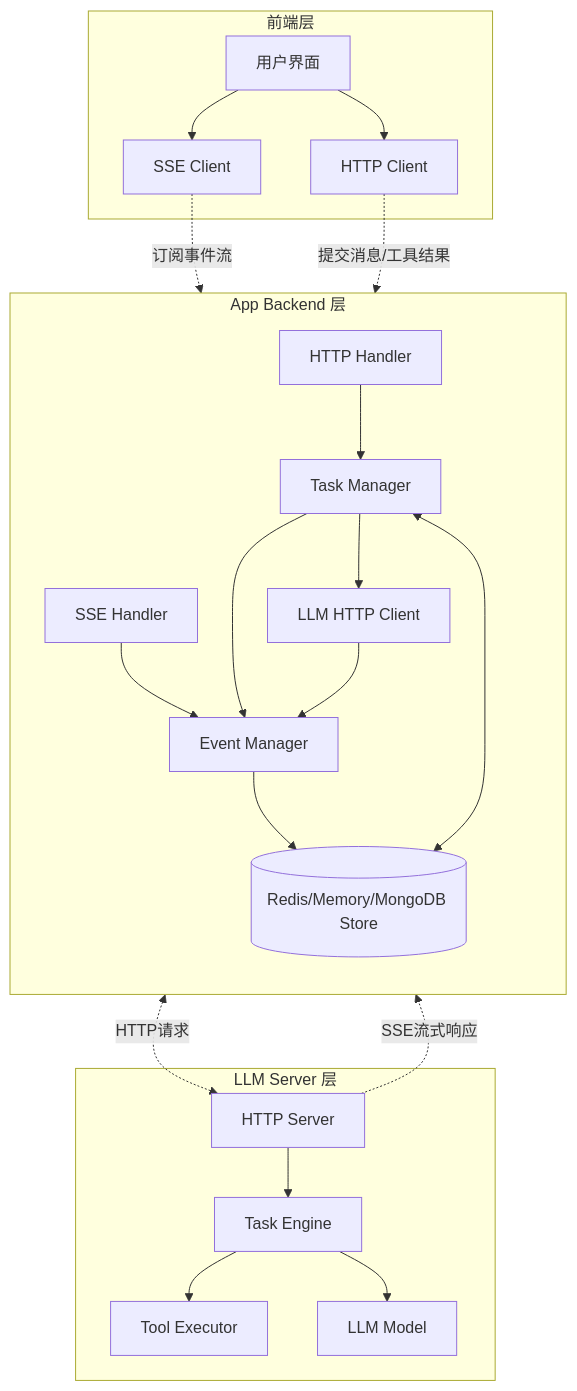
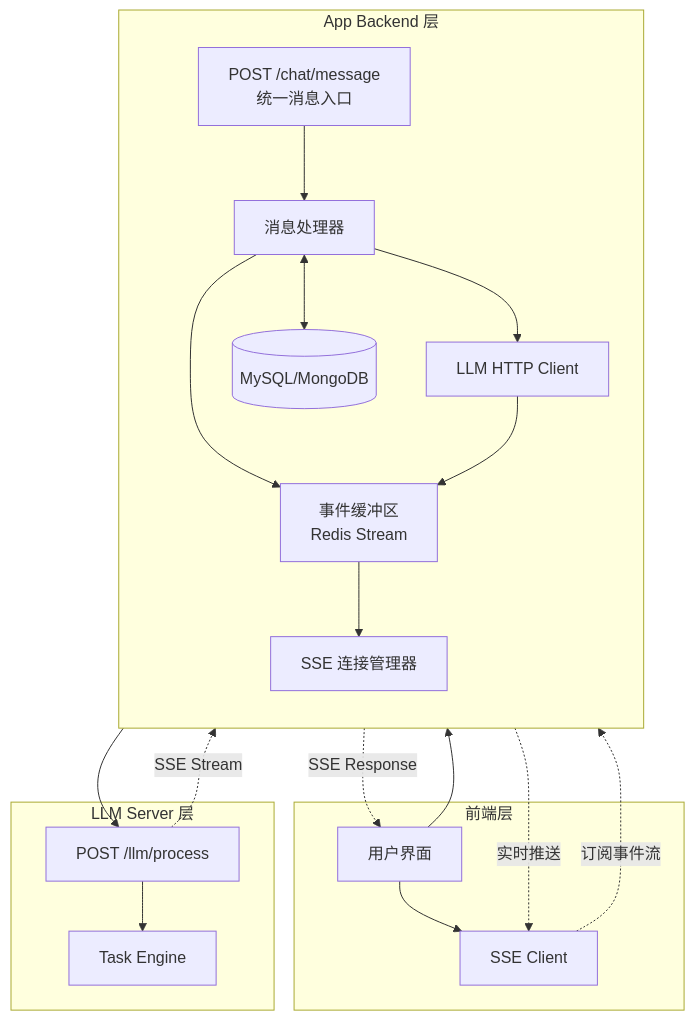
The diagram in all/未命名-10.md (yingjianzh/iodraw-files), drawn with Mermaid before and after one commit.

Commit message:
2025-12-22 11:48:22 update

````diff
--- a/all/未命名-10.md
+++ b/all/未命名-10.md
@@ -1,47 +1,42 @@
 ```mermaid
 graph TB
     subgraph "前端层"
         UI[用户界面]
         SSE[SSE Client]
-        HTTP[HTTP Client]
     end
 
     subgraph "App Backend 层"
         direction TB
-        SSE_Handler[SSE Handler]
-        HTTP_Handler[HTTP Handler]
-        Event_Manager[Event Manager]
-        Task_Manager[Task Manager]
+        Chat_API[POST /chat/message<br/>统一消息入口]
+        SSE_Manager[SSE 连接管理器]
+        Event_Buffer[事件缓冲区<br/>Redis Stream]
+        Message_Handler[消息处理器]
         LLM_Client[LLM HTTP Client]
-        Store[(Redis/Memory/MongoDB Store)]
+        DB[(MySQL/MongoDB)]
     end
 
     subgraph "LLM Server 层"
-        HTTP_Server[HTTP Server]
-        Task_Engine[Task Engine]
-        Tool_Executor[Tool Executor]
-        Model[LLM Model]
+        LLM_API[POST /llm/process]
+        Engine[Task Engine]
     end
 
+    UI --> Chat_API
     UI --> SSE
-    UI --> HTTP
-
-    SSE -.订阅事件流.-> SSE_Handler
-    HTTP -.提交消息/工具结果.-> HTTP_Handler
-
-    SSE_Handler --> Event_Manager
-    HTTP_Handler --> Task_Manager
-    Task_Manager --> Event_Manager
-    Task_Manager --> LLM_Client
-
-    Event_Manager --> Store
-    Task_Manager <--> Store
-
-    LLM_Client <-.HTTP请求.-> HTTP_Server
-    HTTP_Server -.SSE流式响应.-> LLM_Client
-    LLM_Client --> Event_Manager
-
-    HTTP_Server --> Task_Engine
-    Task_Engine --> Tool_Executor
-    Task_Engine --> Model
+    
+    Chat_API -.SSE Response.-> UI
+    SSE -.订阅事件流.-> SSE_Manager
+    
+    Chat_API --> Message_Handler
+    Message_Handler --> Event_Buffer
+    Message_Handler --> LLM_Client
+    Message_Handler <--> DB
+    
+    Event_Buffer --> SSE_Manager
+    SSE_Manager -.实时推送.-> SSE
+    
+    LLM_Client --> LLM_API
+    LLM_API -.SSE Stream.-> LLM_Client
+    LLM_Client --> Event_Buffer
+    
+    LLM_API --> Engine
 ```
````
